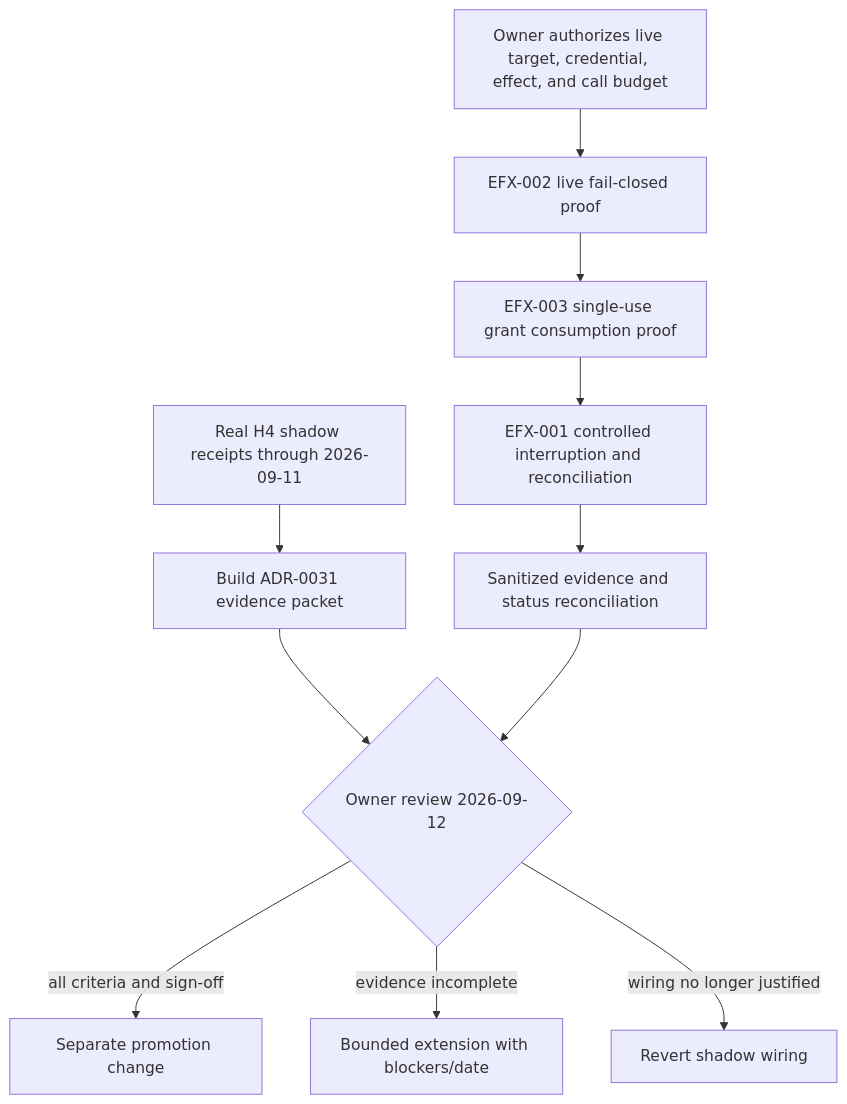
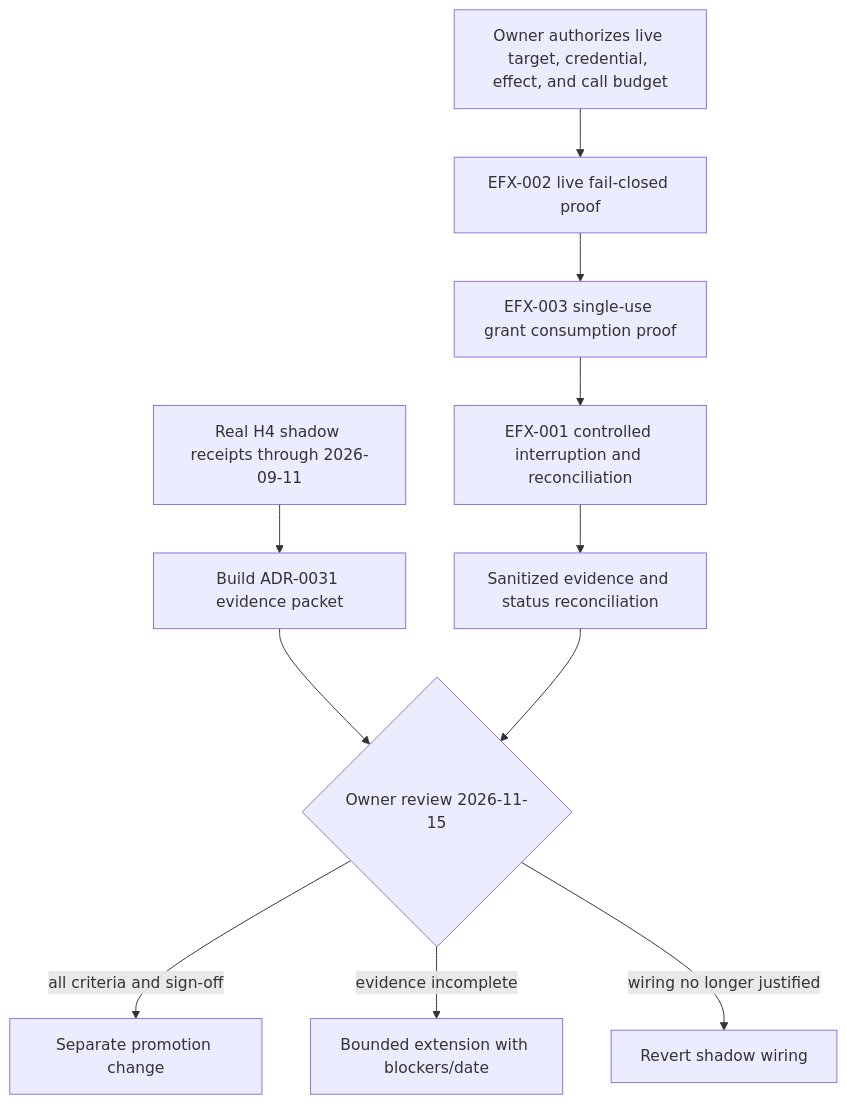
Before and after one commit to TeaEntityLab/teaAgent: the diagram in docs/plans/current-roadmap-execution-plan-2026-08-26.md, drawn with Mermaid. The commit also changed other lines of this file and 2 other files, not shown here.

First line of the commit message:
docs: reconcile roadmap-status and execution plan contradictions

````diff
--- a/docs/plans/current-roadmap-execution-plan-2026-08-26.md
+++ b/docs/plans/current-roadmap-execution-plan-2026-08-26.md
@@ -107,16 +107,16 @@
 ```mermaid
 flowchart TD
     AUTH[Owner authorizes live target, credential, effect, and call budget]
     AUTH --> E2[EFX-002 live fail-closed proof]
     E2 --> E3[EFX-003 single-use grant consumption proof]
     E3 --> E1[EFX-001 controlled interruption and reconciliation]
     E1 --> CLOSE[Sanitized evidence and status reconciliation]
 
     LOGS[Real H4 shadow receipts through 2026-09-11]
     LOGS --> PACKET[Build ADR-0031 evidence packet]
-    PACKET --> REVIEW{Owner review 2026-09-12}
+    PACKET --> REVIEW{Owner review 2026-11-15}
     CLOSE --> REVIEW
     REVIEW -->|all criteria and sign-off| PROMOTE[Separate promotion change]
     REVIEW -->|evidence incomplete| EXTEND[Bounded extension with blockers/date]
     REVIEW -->|wiring no longer justified| REVERT[Revert shadow wiring]
 ```
````
